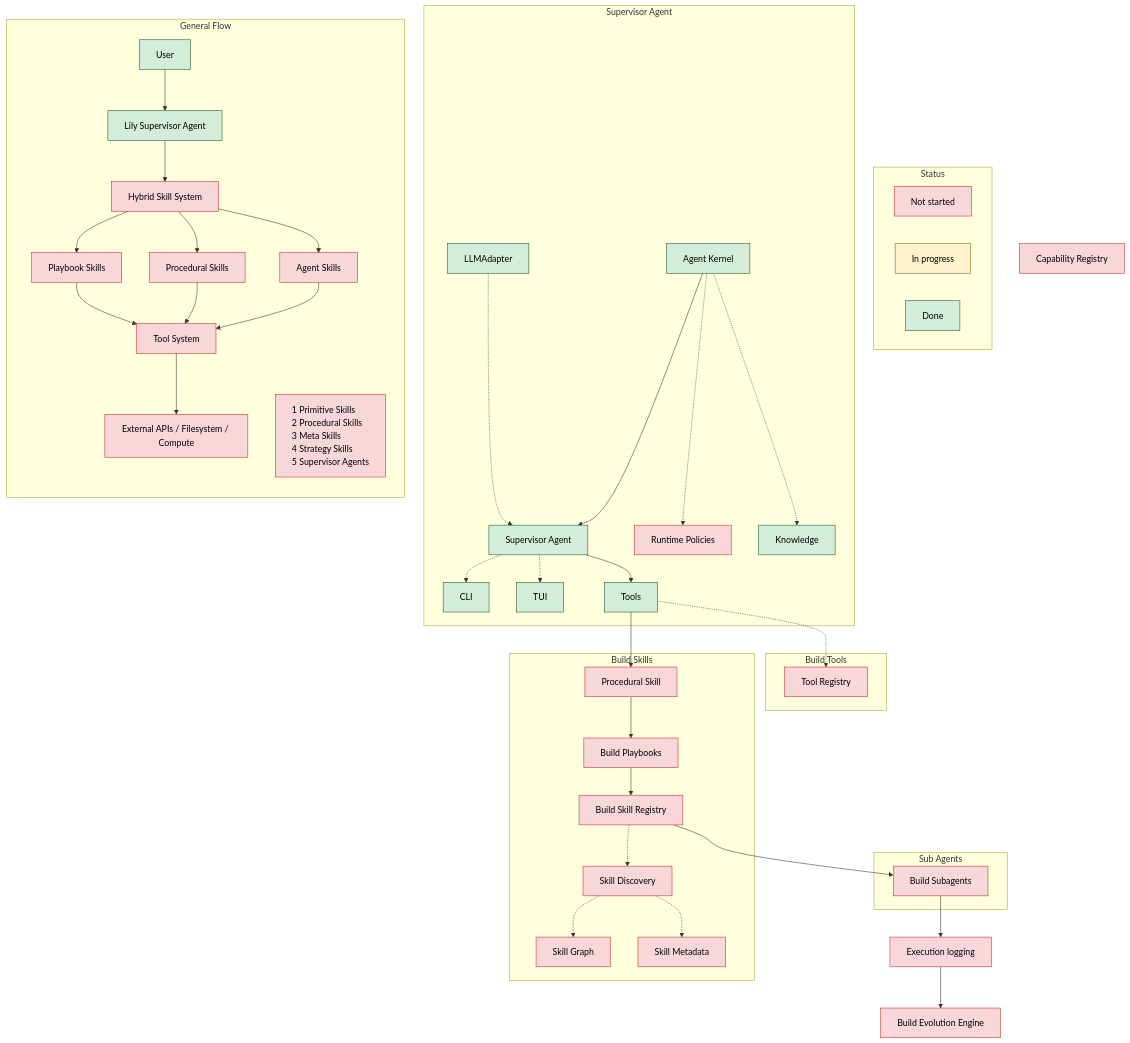
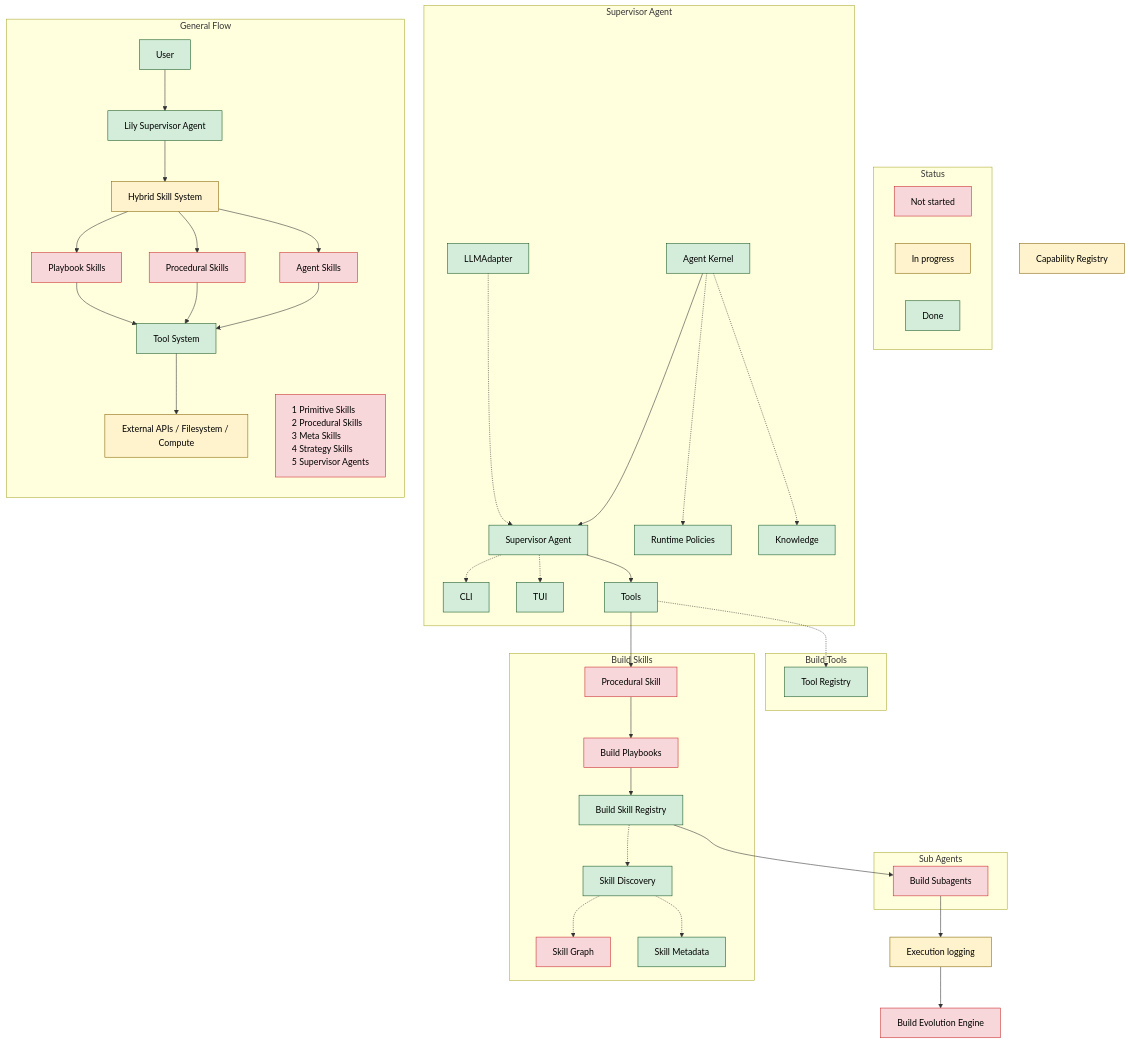
One commit to jeffrichley/lily changed the diagram in docs/dev/flow.md. Above: the diagram before and after it, drawn with Mermaid. The commit also changed other lines of this file and 505 other files, not shown here.

````diff
--- a/docs/dev/flow.md
+++ b/docs/dev/flow.md
@@ -110,32 +110,32 @@
 
     %% --- Status: change a node by setting its class to not_started | in_progress | done ---
     class evolution not_started
-    class logging not_started
-    class capability_registry not_started
+    class logging in_progress
+    class capability_registry in_progress
     class kernel done
     class llmadapter done
     class supervisor done
-    class runtime_policies not_started
+    class runtime_policies done
     class knowledge done
     class cli done
     class tui done
     class tools done
-    class tool_registry not_started
+    class tool_registry done
     class procedural_skill not_started
     class playbooks not_started
-    class registry not_started
-    class skill_discovery not_started
+    class registry done
+    class skill_discovery done
     class skill_graph not_started
-    class skill_metadata not_started
+    class skill_metadata done
     class subagents not_started
     class luser done
     class lsa done
-    class lhs not_started
+    class lhs in_progress
     class lps not_started
     class lprs not_started
     class las not_started
-    class lts not_started
-    class lea not_started
+    class lts done
+    class lea in_progress
     class skill_levels not_started
 
 ```
````
